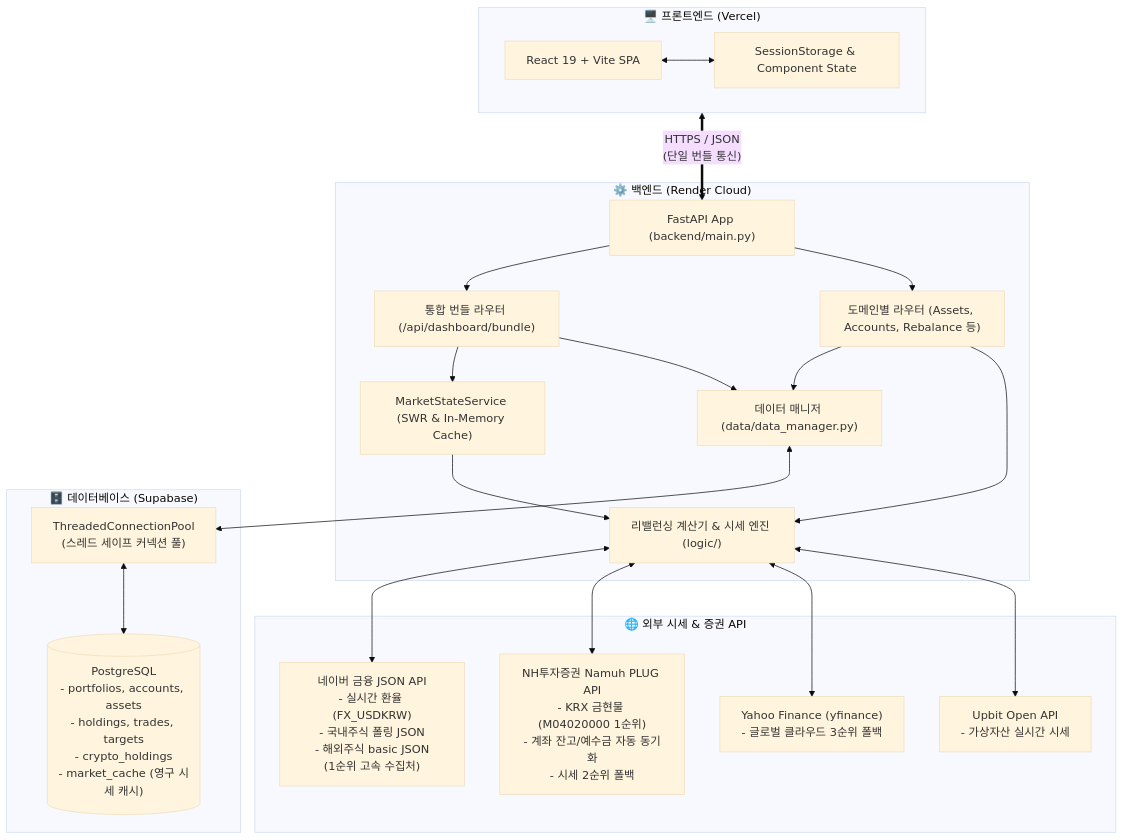
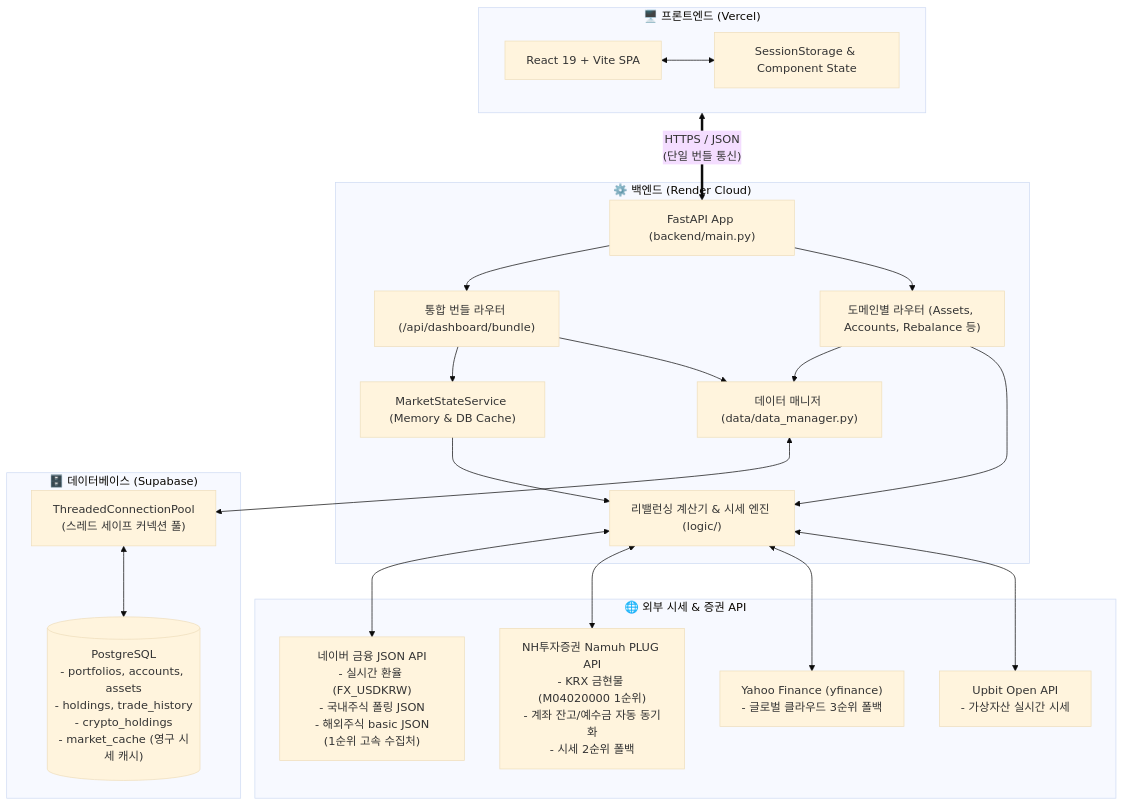
One commit to hongilcho/portfolio-rebalancer changed the diagram in PROJECT_STRUCTURE.md. Above: the diagram before and after it, drawn with Mermaid (base theme). The commit also changed other lines of this file and 33 other files, not shown here.

````diff
--- a/PROJECT_STRUCTURE.md
+++ b/PROJECT_STRUCTURE.md
@@ -24,45 +24,45 @@
 ```mermaid
 flowchart TB
     subgraph Client ["🖥️ 프론트엔드 (Vercel)"]
         UI["React 19 + Vite SPA"]
         State["SessionStorage & Component State"]
         UI <--> State
     end
 
     subgraph Server ["⚙️ 백엔드 (Render Cloud)"]
         FastAPI["FastAPI App (backend/main.py)"]
         RouterBundle["통합 번들 라우터 (/api/dashboard/bundle)"]
         Routers["도메인별 라우터 (Assets, Accounts, Rebalance 등)"]
-        MarketService["MarketStateService (SWR & In-Memory Cache)"]
+        MarketService["MarketStateService (Memory & DB Cache)"]
         Logic["리밸런싱 계산기 & 시세 엔진 (logic/)"]
         DataManager["데이터 매니저 (data/data_manager.py)"]
 
         FastAPI --> RouterBundle
         FastAPI --> Routers
         RouterBundle --> MarketService
         RouterBundle --> DataManager
         Routers --> DataManager
         Routers --> Logic
         MarketService --> Logic
     end
 
     subgraph Storage ["🗄️ 데이터베이스 (Supabase)"]
-        Postgres[("PostgreSQL\n- portfolios, accounts, assets\n- holdings, trades, targets\n- crypto_holdings\n- market_cache (영구 시세 캐시)")]
+        Postgres[("PostgreSQL\n- portfolios, accounts, assets\n- holdings, trade_history\n- crypto_holdings\n- market_cache (영구 시세 캐시)")]
         ConnPool["ThreadedConnectionPool\n(스레드 세이프 커넥션 풀)"]
         DataManager <--> ConnPool <--> Postgres
     end
 
     subgraph External ["🌐 외부 시세 & 증권 API"]
         Naver["네이버 금융 JSON API\n- 실시간 환율 (FX_USDKRW)\n- 국내주식 폴링 JSON\n- 해외주식 basic JSON\n(1순위 고속 수집처)"]
         Namuh["NH투자증권 Namuh PLUG API\n- KRX 금현물 (M04020000 1순위)\n- 계좌 잔고/예수금 자동 동기화\n- 시세 2순위 폴백"]
         YFinance["Yahoo Finance (yfinance)\n- 글로벌 클라우드 3순위 폴백"]
         Upbit["Upbit Open API\n- 가상자산 실시간 시세"]
         
         Logic <--> Naver
         Logic <--> Namuh
         Logic <--> YFinance
         Logic <--> Upbit
     end
 
     Client <== "HTTPS / JSON\n(단일 번들 통신)" ==> FastAPI
 ```
````
